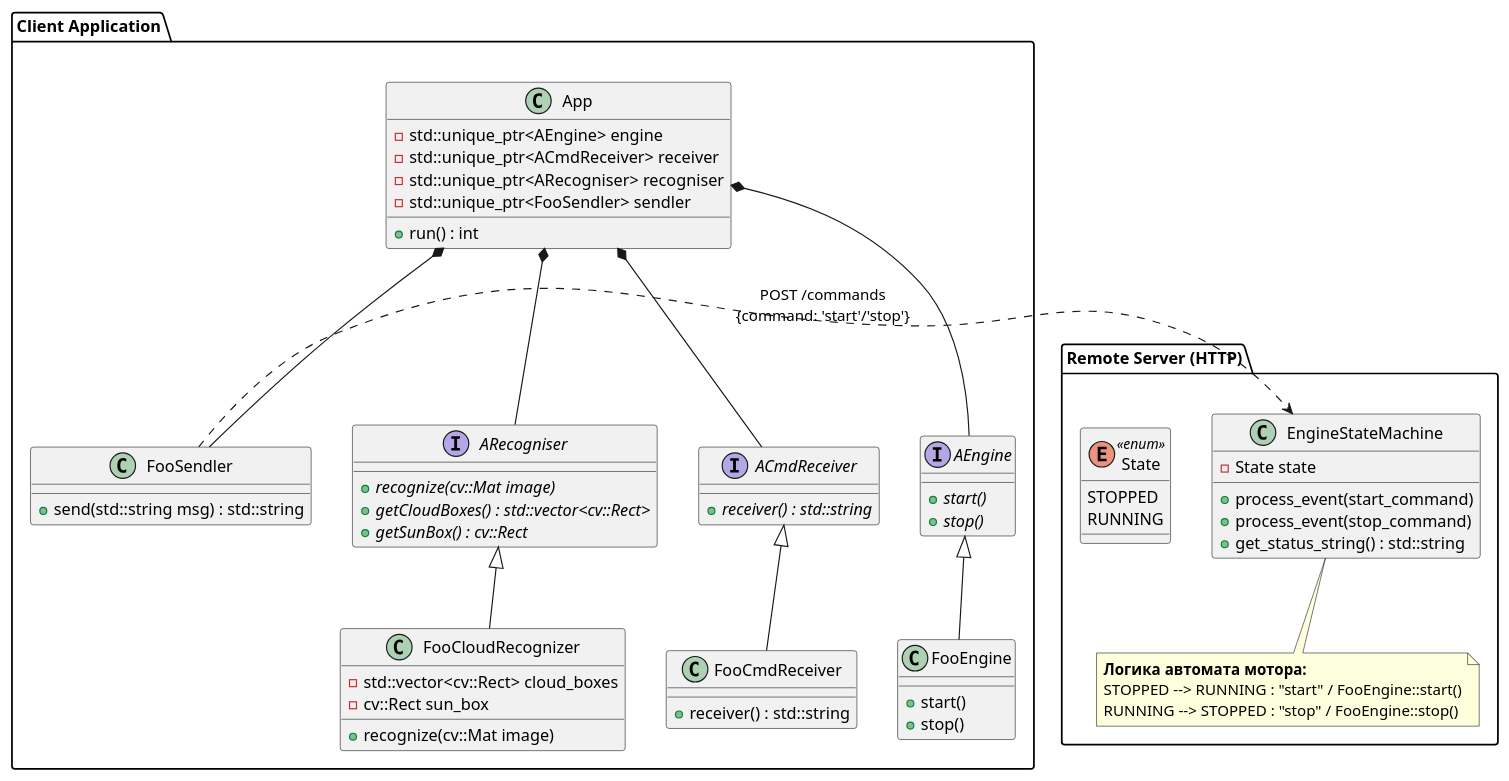
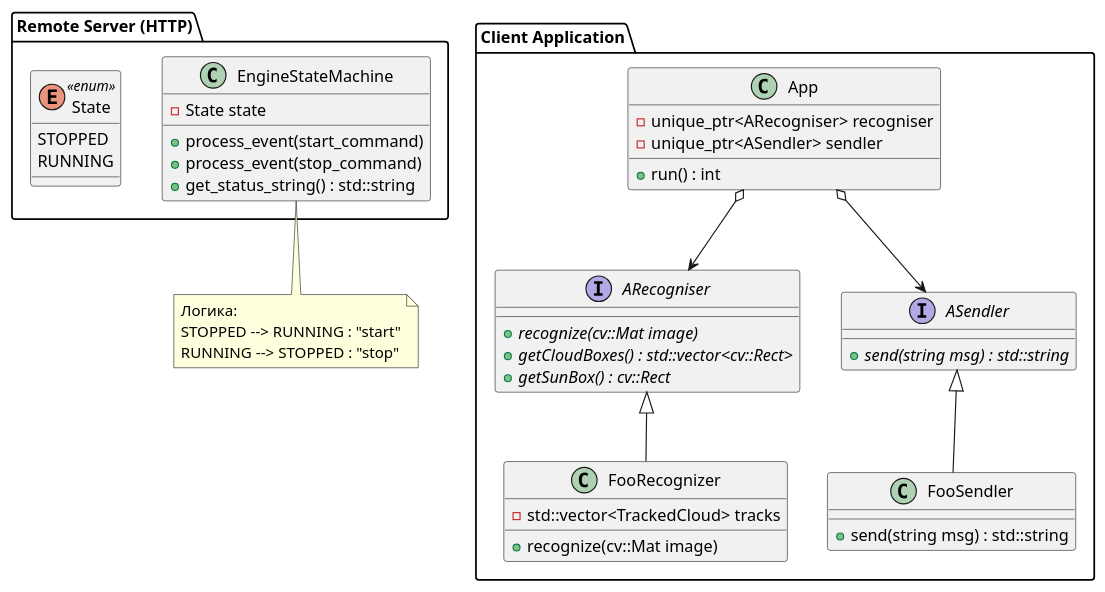
The diagram in doc/concept_model.puml (LehaKrechet/sun_closure_tracker), drawn with PlantUML before and after one commit. The commit also changed 17 other files, not shown here.

```diff
--- a/doc/concept_model.puml
+++ b/doc/concept_model.puml
@@ -1,79 +1,58 @@
-@startuml Project Architecture
+@startuml concept_model
 
 package "Client Application" {
     class App {
-        - std::unique_ptr<AEngine> engine
-        - std::unique_ptr<ACmdReceiver> receiver
-        - std::unique_ptr<ARecogniser> recogniser
-        - std::unique_ptr<FooSendler> sendler
+        - unique_ptr<ARecogniser> recogniser
+        - unique_ptr<ASendler> sendler
         + run() : int
     }
 
     interface ARecogniser {
         + {abstract} recognize(cv::Mat image)
         + {abstract} getCloudBoxes() : std::vector<cv::Rect>
         + {abstract} getSunBox() : cv::Rect
     }
 
-    class FooCloudRecognizer {
-        - std::vector<cv::Rect> cloud_boxes
-        - cv::Rect sun_box
+    class FooRecognizer {
+        - std::vector<TrackedCloud> tracks
         + recognize(cv::Mat image)
     }
 
-    interface ACmdReceiver {
-        + {abstract} receiver() : std::string
-    }
-
-    class FooCmdReceiver {
-        + receiver() : std::string
-    }
-
-    interface AEngine {
-        + {abstract} start()
-        + {abstract} stop()
-    }
-
-    class FooEngine {
-        + start()
-        + stop()
+    interface ASendler {
+        + {abstract} send(string msg) : std::string
     }
 
     class FooSendler {
-        + send(std::string msg) : std::string
+        + send(string msg) : std::string
     }
 }
 
 package "Remote Server (HTTP)" {
     class EngineStateMachine {
         - State state
         + process_event(start_command)
         + process_event(stop_command)
         + get_status_string() : std::string
     }
 
     enum State <<enum>> {
         STOPPED
         RUNNING
     }
-    
-    note bottom of EngineStateMachine
-        **Логика автомата мотора:**
-        STOPPED --> RUNNING : "start" / FooEngine::start()
-        RUNNING --> STOPPED : "stop" / FooEngine::stop()
-    end note
 }
 
+' Связи реализации
+ARecogniser <|-- FooRecognizer
+ASendler <|-- FooSendler
 
-ARecogniser <|-- FooCloudRecognizer
-ACmdReceiver <|-- FooCmdReceiver
-AEngine <|-- FooEngine
+' Связи владения
+App o--> ARecogniser
+App o--> ASendler
 
-App *-- AEngine
-App *-- ACmdReceiver
-App *-- ARecogniser
-App *-- FooSendler
-
-FooSendler .right.> EngineStateMachine : "POST /commands\n{command: 'start'/'stop'}"
+note bottom of EngineStateMachine
+    Логика:
+    STOPPED --> RUNNING : "start"
+    RUNNING --> STOPPED : "stop"
+end note
 
 @enduml
```
